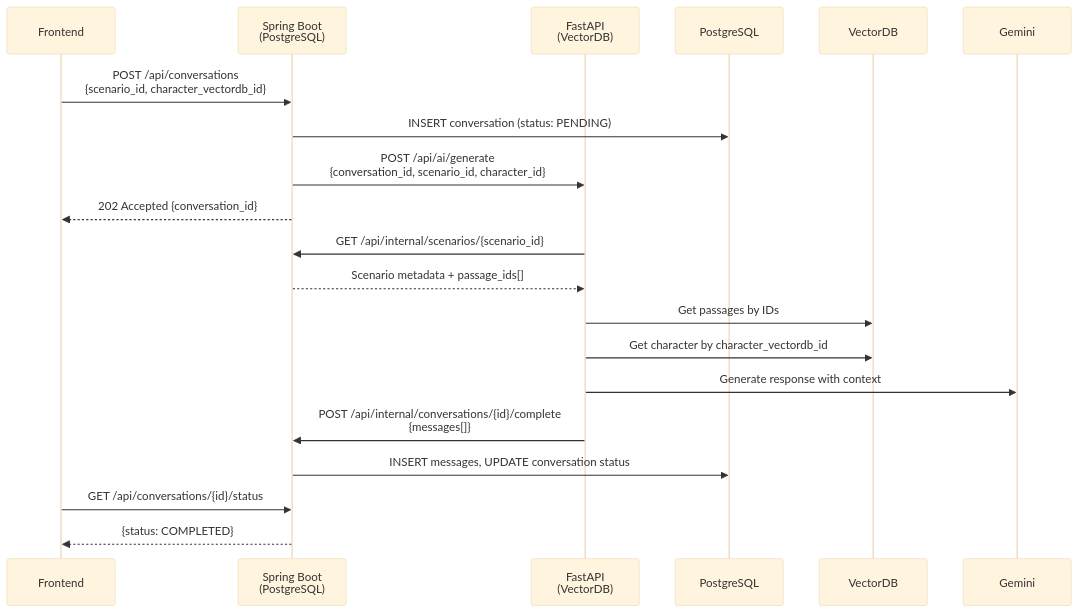
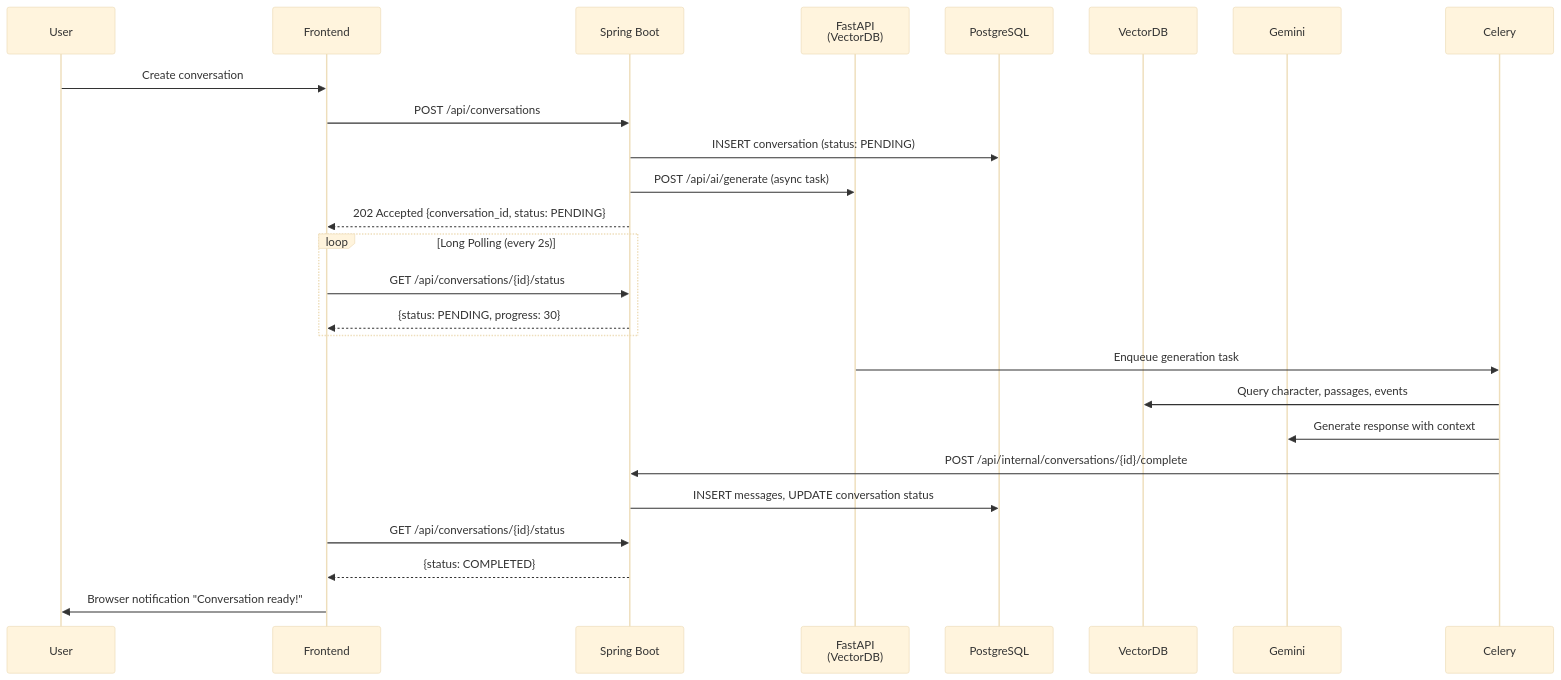
The fifth of 6 diagrams in architecture.md (SideProjectSFY/gajiFE), drawn with Mermaid (base theme) before and after one commit. The commit also changed other lines of this file and 5 other files, not shown here.

Commit message:
Fix: Refactor scenario validation and database schema to remove quality score

````diff
--- a/architecture.md
+++ b/architecture.md
@@ -834,27 +830,31 @@
 ```mermaid
 sequenceDiagram
+    participant User
     participant Frontend
-    participant Spring as Spring Boot<br/>(PostgreSQL)
+    participant Spring as Spring Boot
     participant FastAPI as FastAPI<br/>(VectorDB)
     participant PG as PostgreSQL
     participant VDB as VectorDB
     participant Gemini
 
-    Frontend->>Spring: POST /api/conversations<br/>{scenario_id, character_vectordb_id}
+    User->>Frontend: Create conversation
+    Frontend->>Spring: POST /api/conversations
     Spring->>PG: INSERT conversation (status: PENDING)
-    Spring->>FastAPI: POST /api/ai/generate<br/>{conversation_id, scenario_id, character_id}
-    Spring-->>Frontend: 202 Accepted {conversation_id}
+    Spring->>FastAPI: POST /api/ai/generate (async task)
+    Spring-->>Frontend: 202 Accepted {conversation_id, status: PENDING}
 
-    FastAPI->>Spring: GET /api/internal/scenarios/{scenario_id}
-    Spring-->>FastAPI: Scenario metadata + passage_ids[]
+    loop Long Polling (every 2s)
+        Frontend->>Spring: GET /api/conversations/{id}/status
+        Spring-->>Frontend: {status: PENDING, progress: 30}
+    end
 
-    FastAPI->>VDB: Get passages by IDs
-    FastAPI->>VDB: Get character by character_vectordb_id
-    FastAPI->>Gemini: Generate response with context
-
-    FastAPI->>Spring: POST /api/internal/conversations/{id}/complete<br/>{messages[]}
+    FastAPI->>Celery: Enqueue generation task
+    Celery->>VDB: Query character, passages, events
+    Celery->>Gemini: Generate response with context
+    Celery->>Spring: POST /api/internal/conversations/{id}/complete
     Spring->>PG: INSERT messages, UPDATE conversation status
 
     Frontend->>Spring: GET /api/conversations/{id}/status
     Spring-->>Frontend: {status: COMPLETED}
+    Frontend->>User: Browser notification "Conversation ready!"
 ```
````
